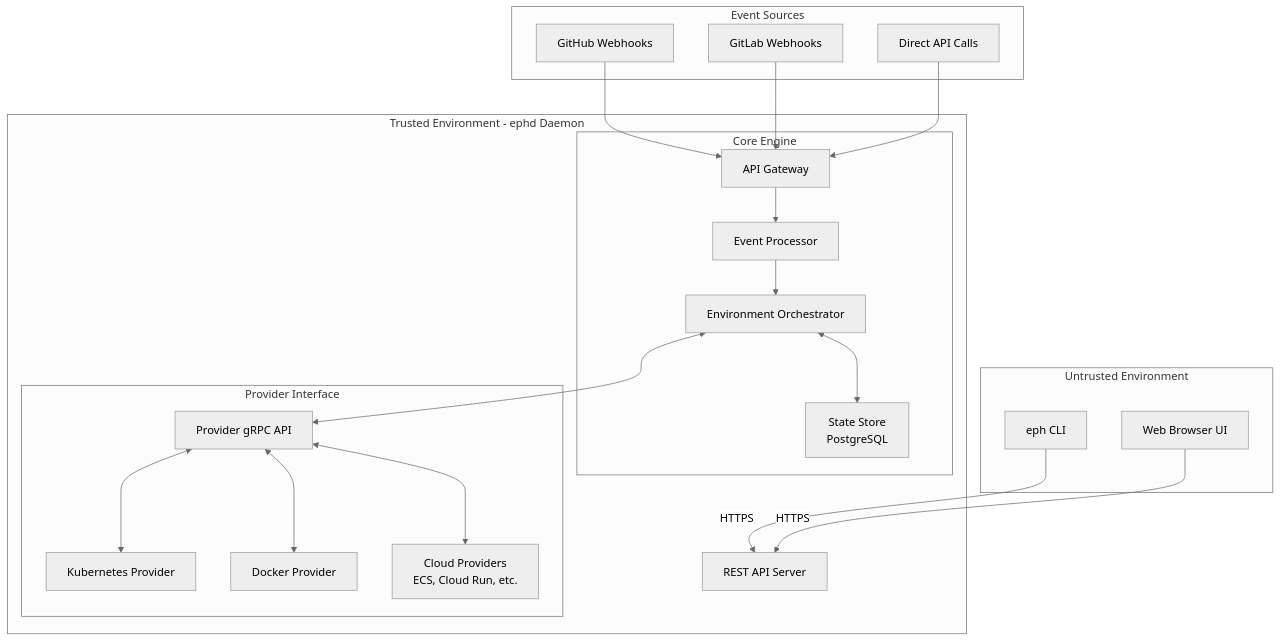
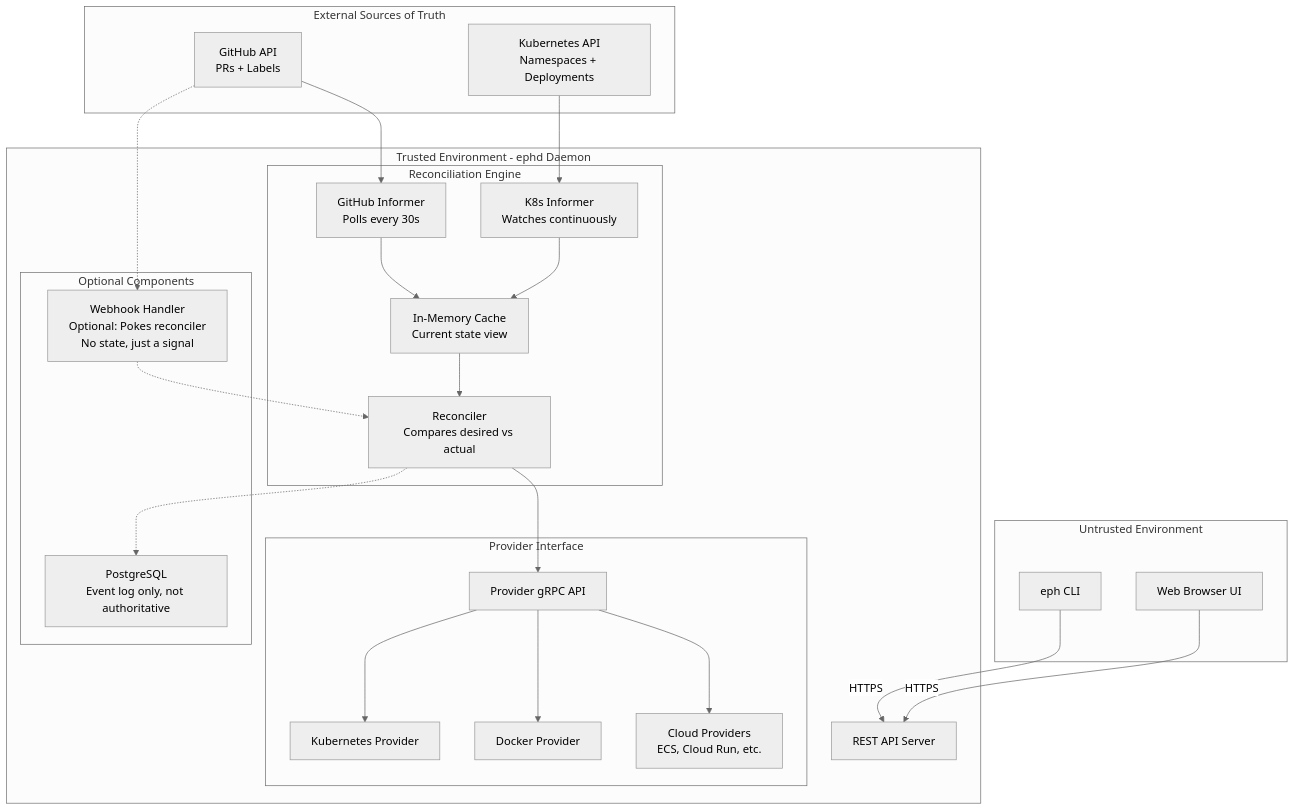
The second of 2 diagrams in README.md (ephlabs/eph), drawn with Mermaid (neutral theme) before and after one commit. The commit also changed other lines of this file and 1 other file, not shown here.

First line of the commit message:
docs: clarify reconciliation-first architecture (#25)

````diff
--- a/README.md
+++ b/README.md
@@ -44,44 +55,50 @@
 ```mermaid
 graph TB
+    subgraph "External Sources of Truth"
+        GitHub[GitHub API<br/>PRs + Labels]
+        K8sAPI[Kubernetes API<br/>Namespaces + Deployments]
+    end
+
     subgraph "Untrusted Environment"
         CLI[eph CLI]
         WebUI[Web Browser UI]
     end
 
-    subgraph "Event Sources"
-        GH[GitHub Webhooks]
-        GL[GitLab Webhooks]
-        API[Direct API Calls]
-    end
-
     subgraph "Trusted Environment - ephd Daemon"
         RestAPI[REST API Server]
 
-        subgraph "Core Engine"
-            Gateway[API Gateway]
-            Events[Event Processor]
-            Orchestrator[Environment Orchestrator]
-            State[State Store<br/>PostgreSQL]
+        subgraph "Reconciliation Engine"
+            GHInformer[GitHub Informer<br/>Polls every 30s]
+            K8sInformer[K8s Informer<br/>Watches continuously]
+            Cache[In-Memory Cache<br/>Current state view]
+            Reconciler[Reconciler<br/>Compares desired vs actual]
         end
 
         subgraph "Provider Interface"
             ProviderAPI[Provider gRPC API]
             K8s[Kubernetes Provider]
             Docker[Docker Provider]
             Cloud[Cloud Providers<br/>ECS, Cloud Run, etc.]
         end
+
+        subgraph "Optional Components"
+            Webhooks[Webhook Handler<br/>Optional: Pokes reconciler<br/>No state, just a signal]
+            EventLog[PostgreSQL<br/>Event log only, not authoritative]
+        end
     end
 
     CLI -- "HTTPS" --> RestAPI
     WebUI -- "HTTPS" --> RestAPI
-    GH --> Gateway
-    GL --> Gateway
-    API --> Gateway
-    Gateway --> Events
-    Events --> Orchestrator
-    Orchestrator <--> State
-    Orchestrator <--> ProviderAPI
-    ProviderAPI <--> K8s
-    ProviderAPI <--> Docker
-    ProviderAPI <--> Cloud
+    GitHub --> GHInformer
+    K8sAPI --> K8sInformer
+    GHInformer --> Cache
+    K8sInformer --> Cache
+    Cache --> Reconciler
+    Reconciler --> ProviderAPI
+    ProviderAPI --> K8s
+    ProviderAPI --> Docker
+    ProviderAPI --> Cloud
+    Reconciler -.-> EventLog
+    Webhooks -.-> Reconciler
+    GitHub -.-> Webhooks
 ```
````
